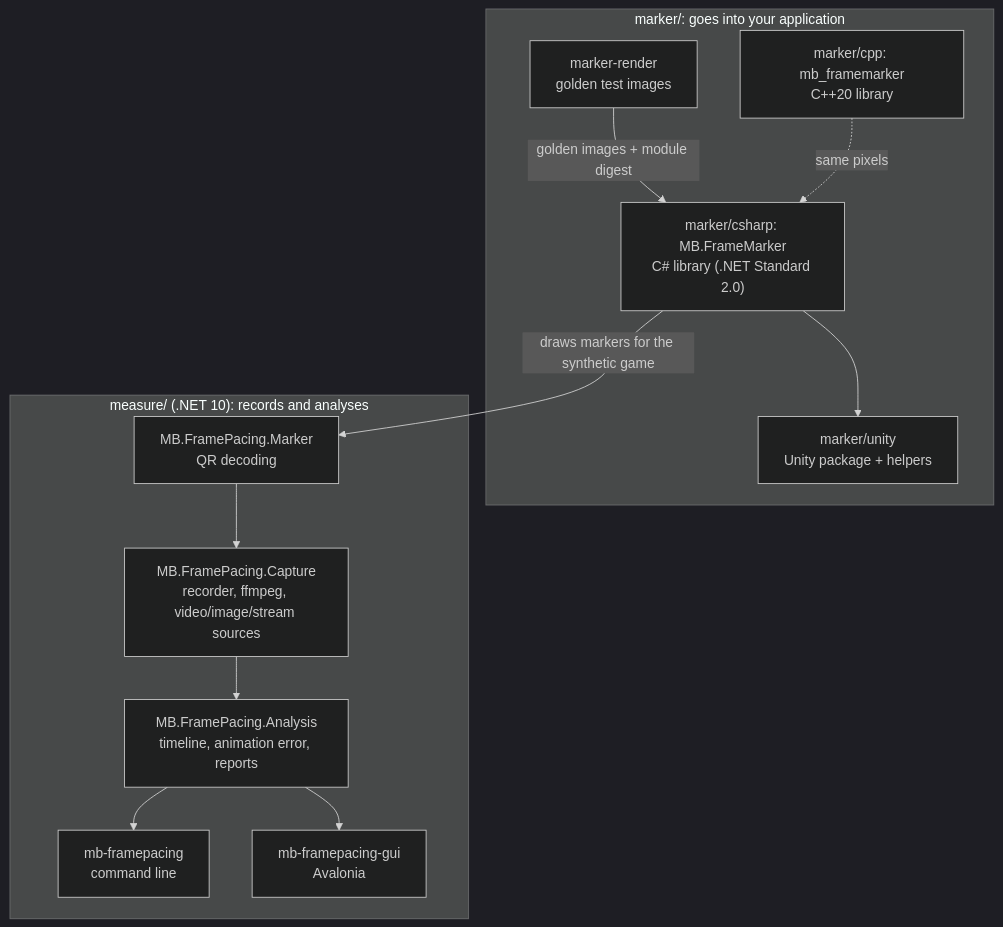
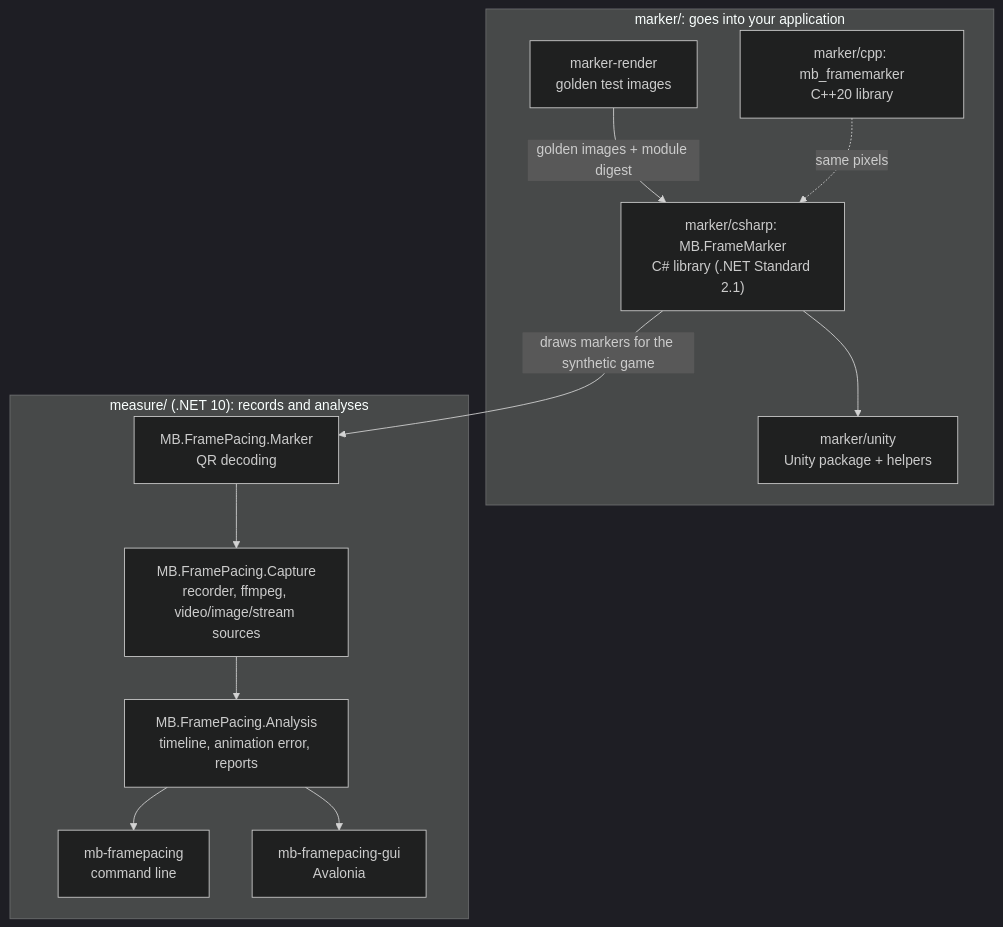
One commit to Unarmed1000/mb-framepacing changed the fourth of 4 diagrams in README.md. Above: the diagram before and after it, drawn with Mermaid (dark theme). The commit also changed other lines of this file and 14 other files, not shown here.

````diff
--- a/README.md
+++ b/README.md
@@ -419,22 +419,22 @@
 ```mermaid
 flowchart TB
     subgraph marker["marker/: goes into your application"]
         L["marker/cpp: mb_framemarker<br/>C++20 library"]
         R["marker-render<br/>golden test images"]
-        CS["marker/csharp: MB.FrameMarker<br/>C# library (.NET Standard 2.0)"]
+        CS["marker/csharp: MB.FrameMarker<br/>C# library (.NET Standard 2.1)"]
         U["marker/unity<br/>Unity package + helpers"]
     end
     subgraph dotnet["measure/ (.NET 10): records and analyses"]
         M["MB.FramePacing.Marker<br/>QR decoding"]
         CAP["MB.FramePacing.Capture<br/>recorder, ffmpeg, video/image/stream sources"]
         AN["MB.FramePacing.Analysis<br/>timeline, animation error, reports"]
         CLI["mb-framepacing<br/>command line"]
         GUI["mb-framepacing-gui<br/>Avalonia"]
     end
     R -- "golden images + module digest" --> CS
     L -.->|same pixels| CS
     CS --> U
     CS -- "draws markers for the synthetic game" --> M
     M --> CAP --> AN --> CLI
     AN --> GUI
 ```
````
